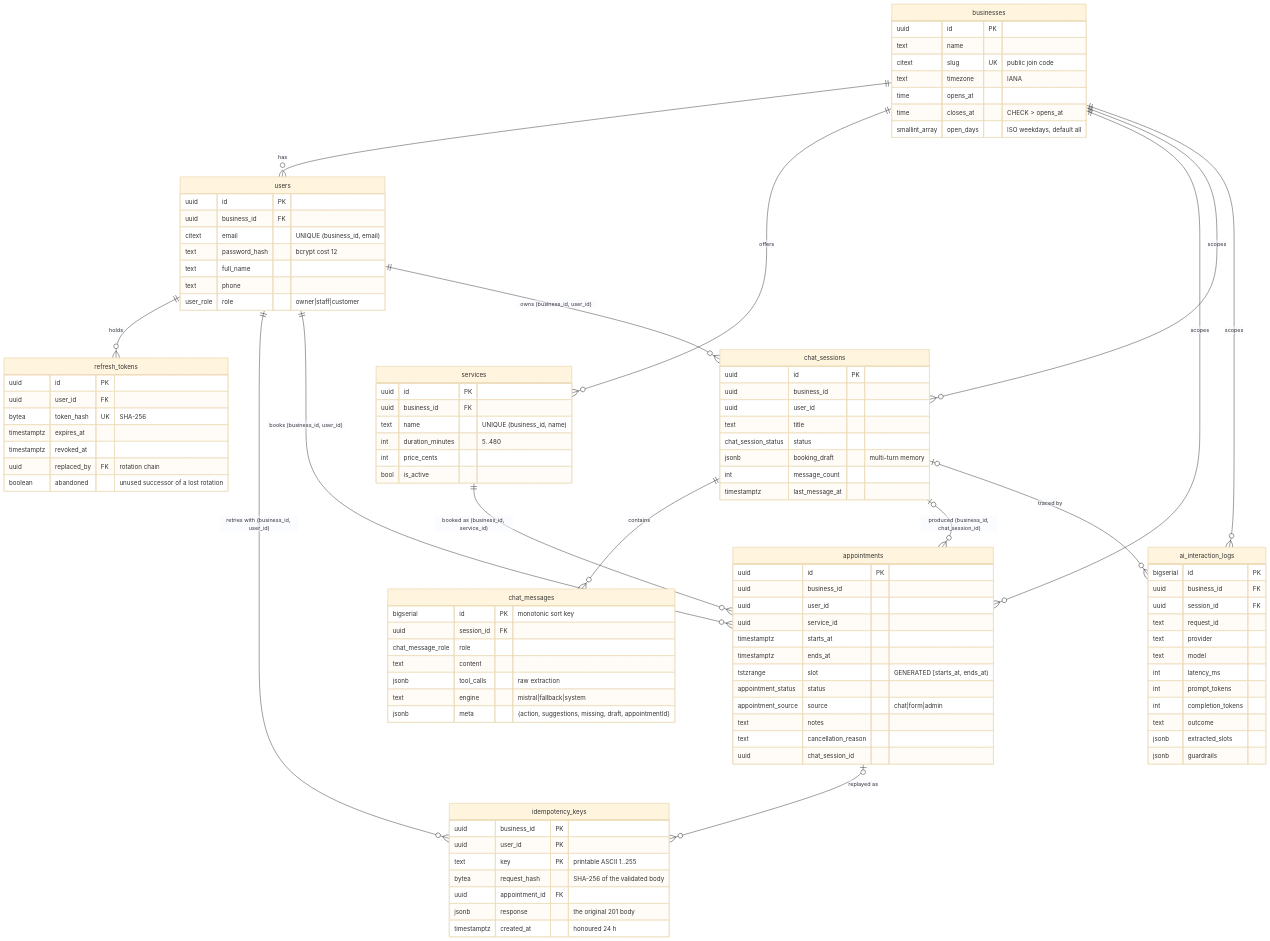
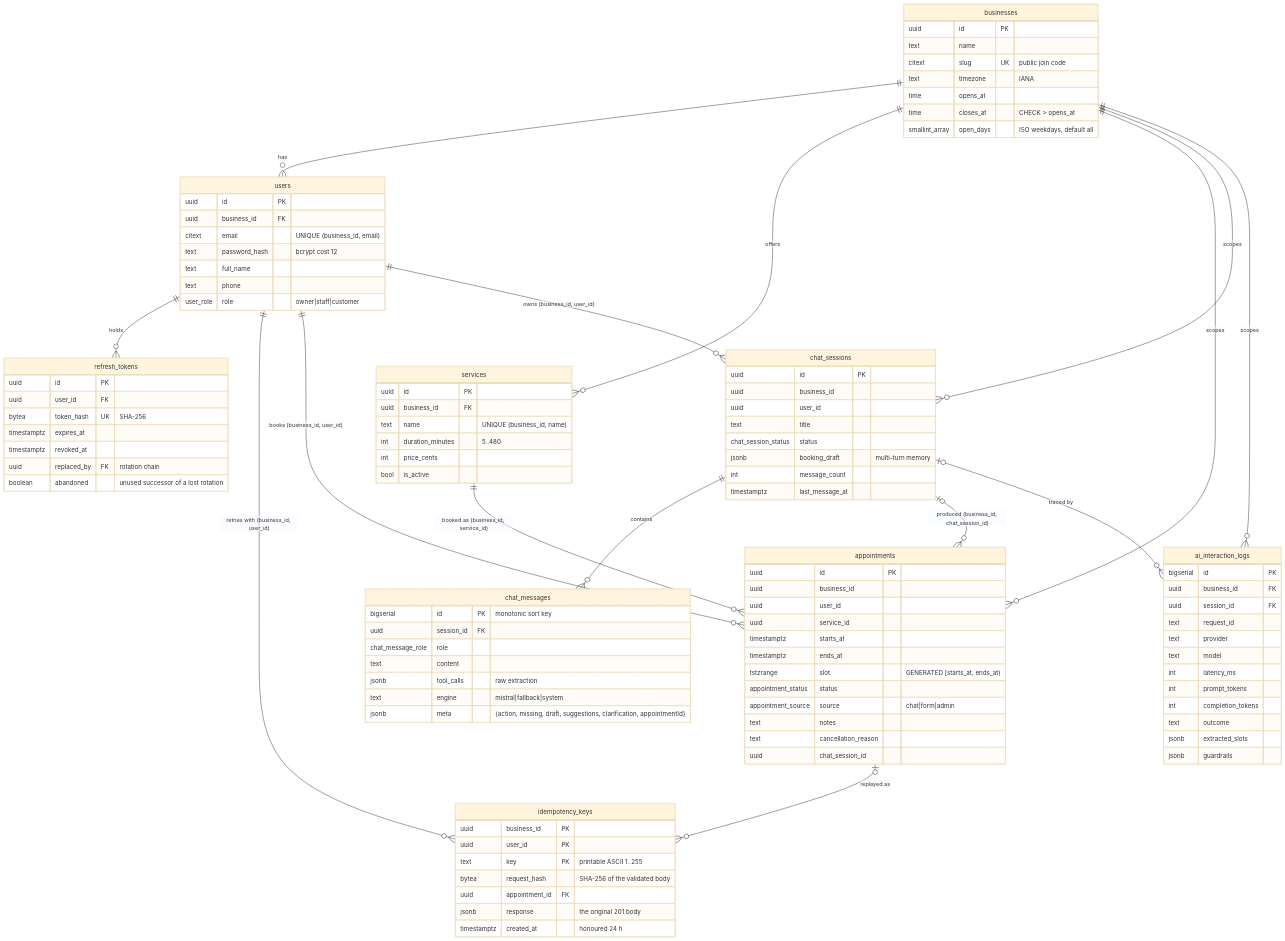
The diagram in docs/database.md (alisafdar35/ai-appointment-booking), drawn with Mermaid (base theme) before and after one commit. The commit also changed other lines of this file and 93 other files, not shown here.

```diff
--- a/docs/database.md
+++ b/docs/database.md
@@ -87,7 +87,7 @@
     text content
     jsonb tool_calls "raw extraction"
     text engine "mistral|fallback|system"
-    jsonb meta "{action, suggestions, missing, draft, appointmentId}"
+    jsonb meta "{action, missing, draft, suggestions, clarification, appointmentId}"
   }
   idempotency_keys {
     uuid business_id PK
```
